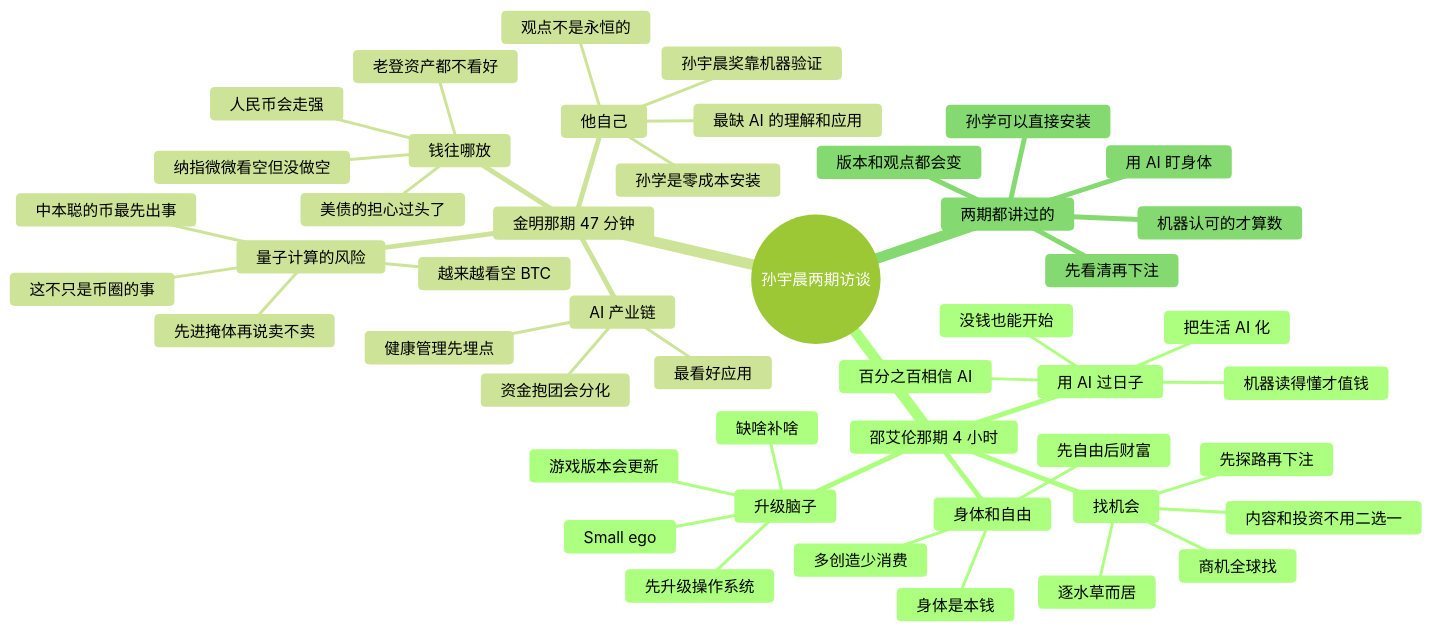
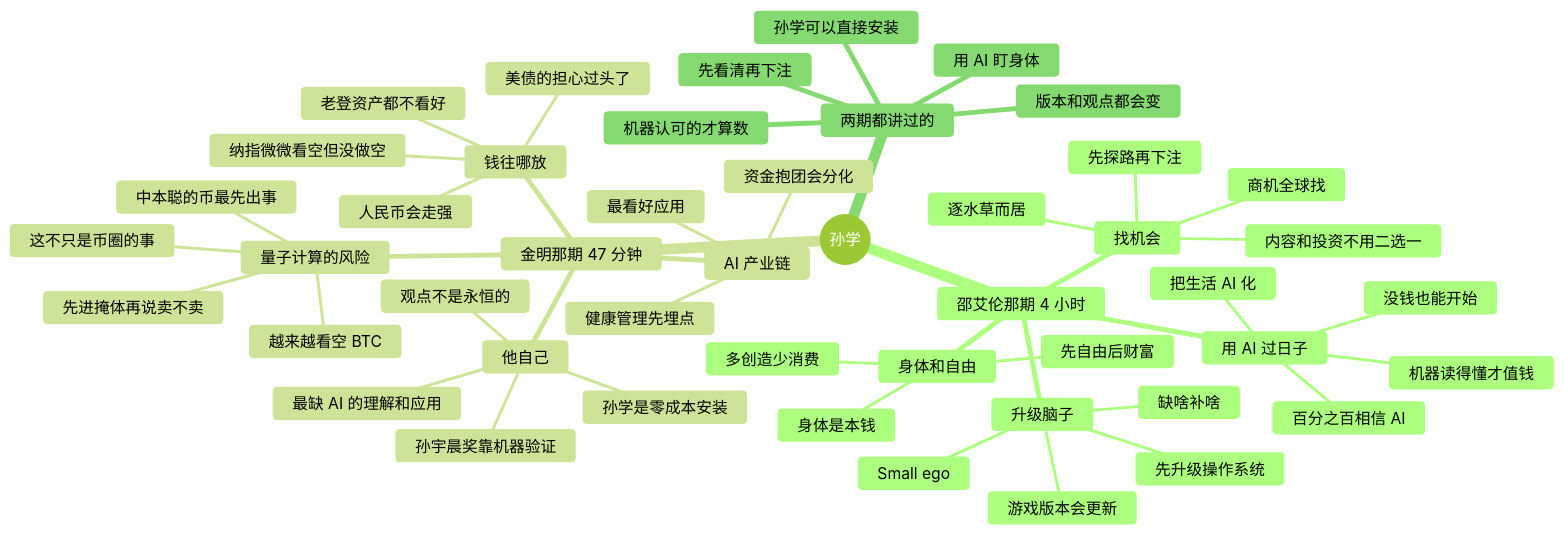
Before and after one commit to wousp112/awesome-justin-sun-ideas-to-ai-howto: the diagram in 思维导图.md, drawn with Mermaid (forest theme). The commit also changed other lines of this file and 23 other files, not shown here.

First line of the commit message:
首页、章封面和思维导图换图，主题改成孙学本身

````diff
--- a/思维导图.md
+++ b/思维导图.md
@@ -5,50 +5,50 @@
 ```mermaid
 mindmap
-  root((孙宇晨两期访谈))
+  root((孙学))
     邵艾伦那期 4 小时
       用 AI 过日子
         把生活 AI 化
         没钱也能开始
         百分之百相信 AI
         机器读得懂才值钱
       升级脑子
         先升级操作系统
         Small ego
         游戏版本会更新
         缺啥补啥
       找机会
         商机全球找
         先探路再下注
         逐水草而居
         内容和投资不用二选一
       身体和自由
         身体是本钱
         先自由后财富
         多创造少消费
     金明那期 47 分钟
       量子计算的风险
         越来越看空 BTC
         中本聪的币最先出事
         先进掩体再说卖不卖
         这不只是币圈的事
       钱往哪放
         人民币会走强
         美债的担心过头了
         老登资产都不看好
         纳指微微看空但没做空
       AI 产业链
         最看好应用
         资金抱团会分化
         健康管理先埋点
       他自己
         最缺 AI 的理解和应用
         孙学是零成本安装
         孙宇晨奖靠机器验证
         观点不是永恒的
     两期都讲过的
       用 AI 盯身体
       孙学可以直接安装
       机器认可的才算数
       先看清再下注
       版本和观点都会变
 ```
````
